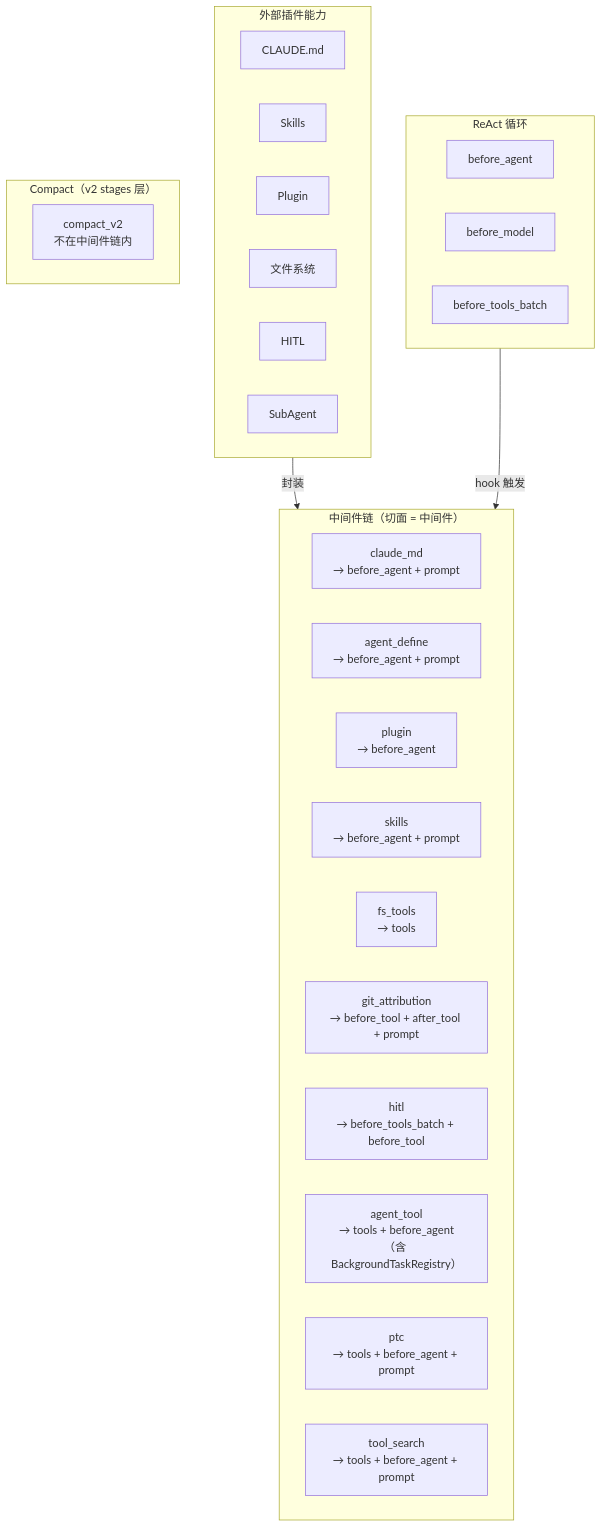
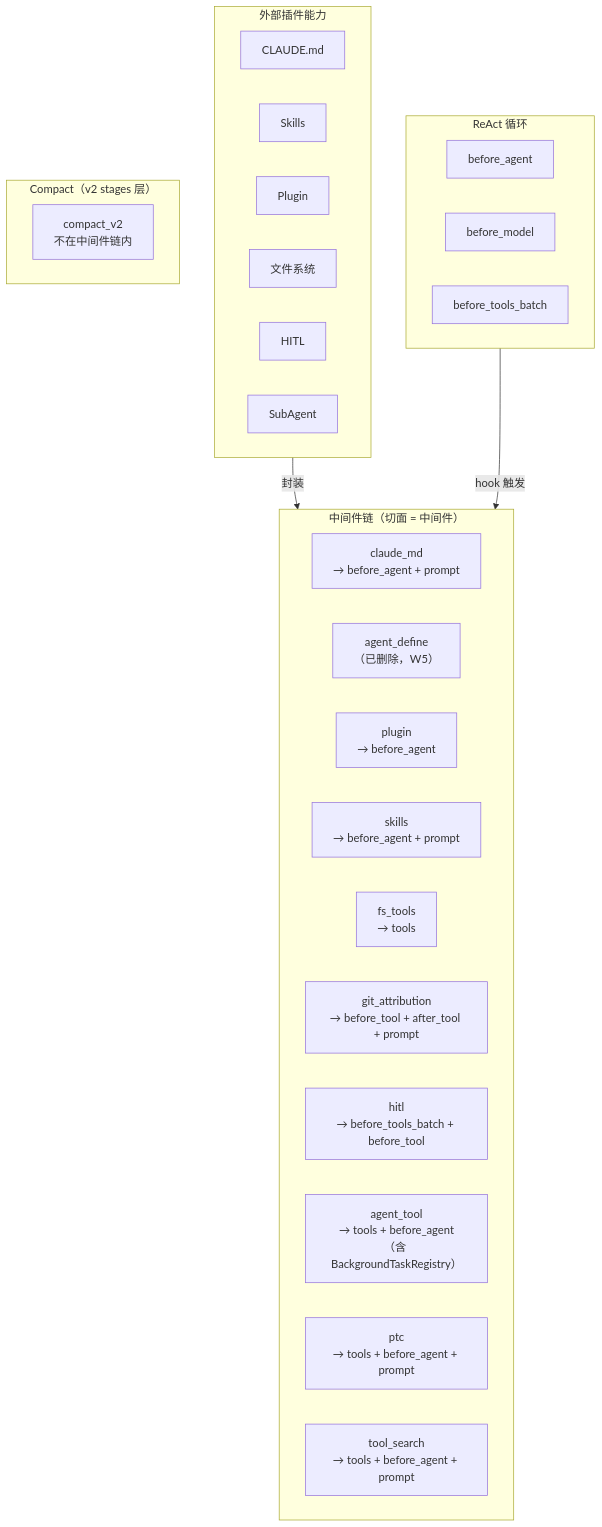
One commit to KonghaYao/peri changed the diagram in docs/design/middleware-system.md. Above: the diagram before and after it, drawn with Mermaid. The commit also changed other lines of this file and 27 other files, not shown here.

````diff
--- a/docs/design/middleware-system.md
+++ b/docs/design/middleware-system.md
@@ -20,38 +20,38 @@
 ```mermaid
 graph TB
     subgraph PLUGIN["外部插件能力"]
         P1["CLAUDE.md"]
         P2["Skills"]
         P3["Plugin"]
         P4["文件系统"]
         P5["HITL"]
         P6["SubAgent"]
     end
 
     subgraph CHAIN["中间件链（切面 = 中间件）"]
         direction LR
         C1["claude_md<br/>→ before_agent + prompt"]
-        C1b["agent_define<br/>→ before_agent + prompt"]
+        C1b["agent_define<br/>（已删除，W5）"]
         C1c["plugin<br/>→ before_agent"]
         C2["skills<br/>→ before_agent + prompt"]
         C3["fs_tools<br/>→ tools"]
         C3b["git_attribution<br/>→ before_tool + after_tool + prompt"]
         C4["hitl<br/>→ before_tools_batch + before_tool"]
         C5["agent_tool<br/>→ tools + before_agent<br/>（含 BackgroundTaskRegistry）"]
         C6["ptc<br/>→ tools + before_agent + prompt"]
         C7["tool_search<br/>→ tools + before_agent + prompt"]
     end
 
     subgraph REACT["ReAct 循环"]
         H1["before_agent"]
         H2["before_model"]
         H3["before_tools_batch"]
     end
 
     subgraph COMPACT["Compact（v2 stages 层）"]
         H4["compact_v2<br/>不在中间件链内"]
     end
 
     PLUGIN -->|"封装"| CHAIN
     REACT -->|"hook 触发"| CHAIN
 ```
````
